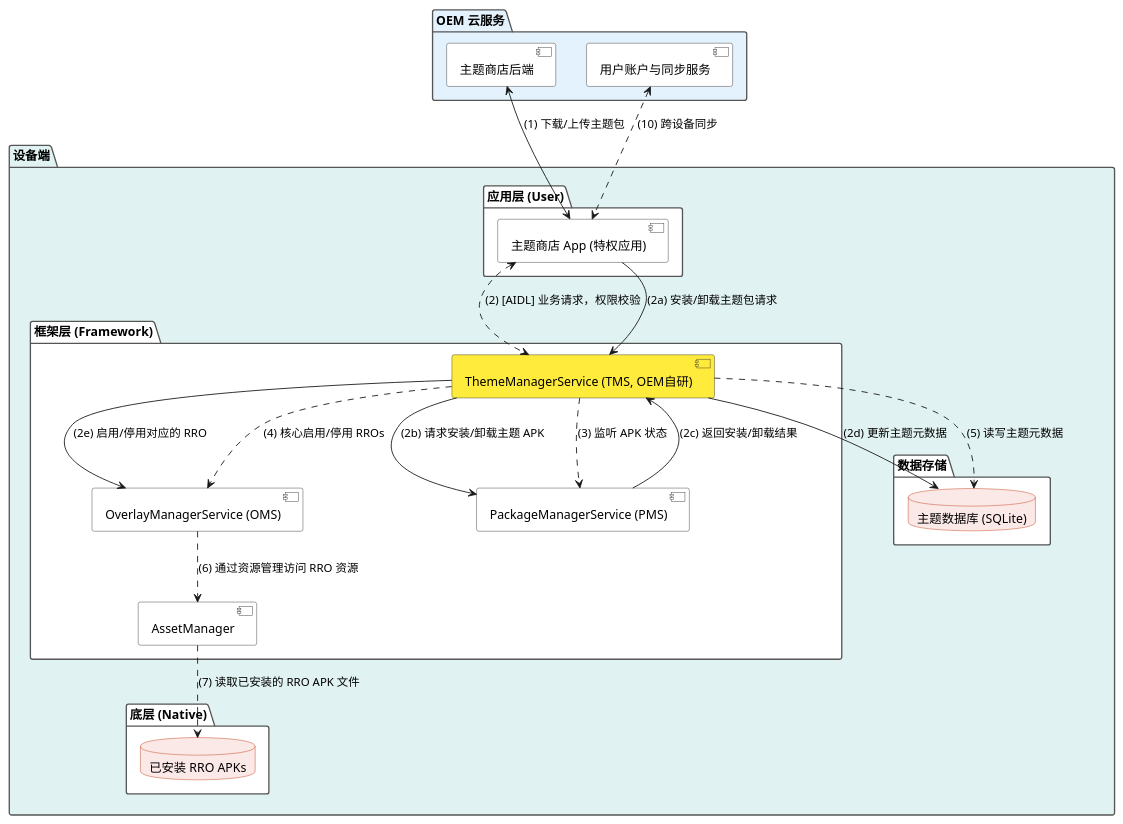
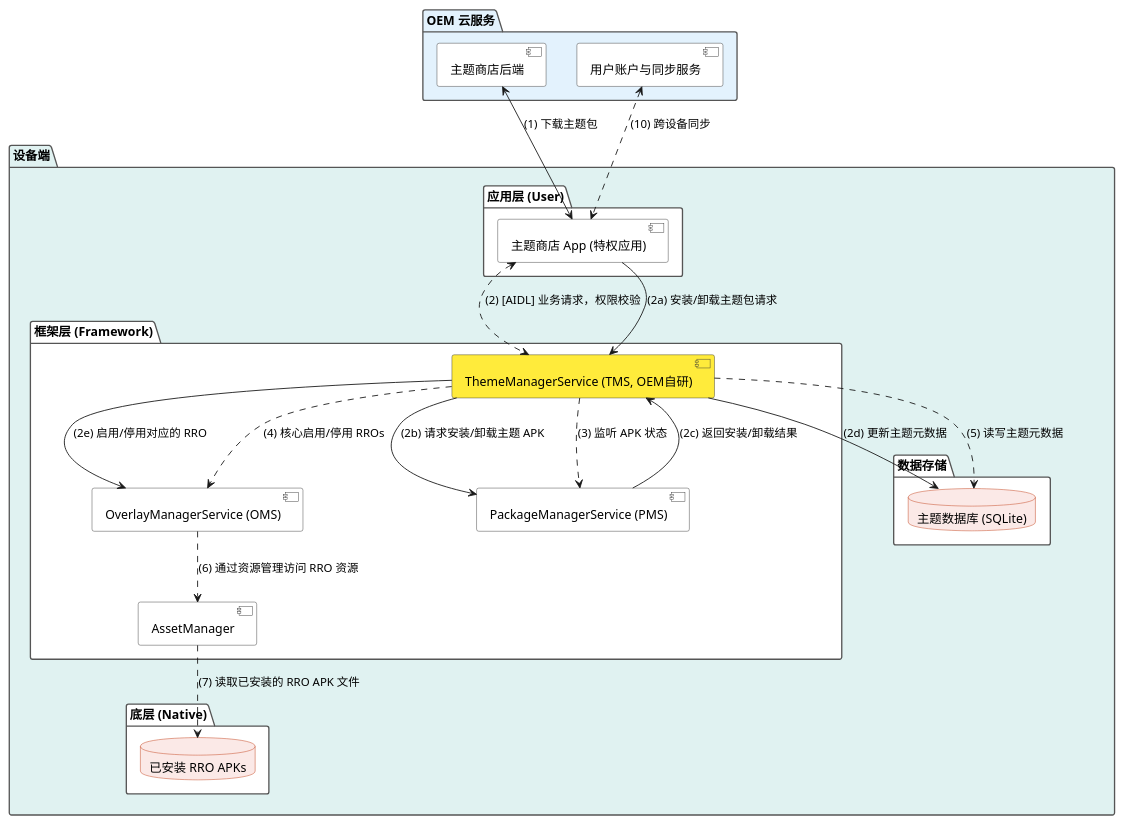
One commit to Ethen-Cao/ethenslab changed the diagram in static/images/plantuml/android-thememanagerservice-sw-architecture.puml. Above: the diagram before and after it, drawn with PlantUML. The commit also changed 6 other files, not shown here.

```diff
--- a/static/images/plantuml/android-thememanagerservice-sw-architecture.puml
+++ b/static/images/plantuml/android-thememanagerservice-sw-architecture.puml
@@ -1,66 +1,66 @@
 @startuml
 ' 兼容性样式设置
 skinparam defaultFontColor #000000
 skinparam shadowing false
 skinparam package {
     BorderColor #555555
     BackgroundColor #FFFFFF
 }
 skinparam component {
     BorderColor #333333
     BackgroundColor #FFFFFF
 }
 skinparam database {
     BorderColor #BF360C
     BackgroundColor #FBE9E7
 }
 
 package "OEM 云服务" #E3F2FD {
     [主题商店后端] as Server
     [用户账户与同步服务] as AccountServer
 }
 
 package "设备端" #E0F2F1 {
     package "应用层 (User)" {
         [主题商店 App (特权应用)] as StoreApp
     }
 
     package "框架层 (Framework)" {
         [ThemeManagerService (TMS, OEM自研)] as TMS #FFEB3B
         [OverlayManagerService (OMS)] as OMS
         [PackageManagerService (PMS)] as PMS
         [AssetManager] as AssetMgr
     }
 
     package "底层 (Native)" {
         database "已安装 RRO APKs" as RRO_APKs
     }
 
     package "数据存储" {
         database "主题数据库 (SQLite)" as ThemeDB
     }
 }
 
 ' 云端与客户端交互
-Server <-down-> StoreApp : (1) 下载/上传主题包
+Server <-down-> StoreApp : (1) 下载主题包
 AccountServer <.down.> StoreApp : (10) 跨设备同步
 
 ' 主题商店 App 调用主题管理服务
 StoreApp <.down.> TMS : (2) [AIDL] 业务请求，权限校验
 
 ' 主题包安装流程
 StoreApp --> TMS : (2a) 安装/卸载主题包请求
 TMS --> PMS : (2b) 请求安装/卸载主题 APK
 PMS --> TMS : (2c) 返回安装/卸载结果
 TMS --> ThemeDB : (2d) 更新主题元数据
 TMS --> OMS : (2e) 启用/停用对应的 RRO
 
 ' 主题激活与资源访问流程
 TMS .down.> PMS : (3) 监听 APK 状态
 TMS .down.> OMS : (4) 核心启用/停用 RROs
 TMS .down.> ThemeDB : (5) 读写主题元数据
 
 OMS .down.> AssetMgr : (6) 通过资源管理访问 RRO 资源
 AssetMgr .down.> RRO_APKs : (7) 读取已安装的 RRO APK 文件
 
 @enduml
```
